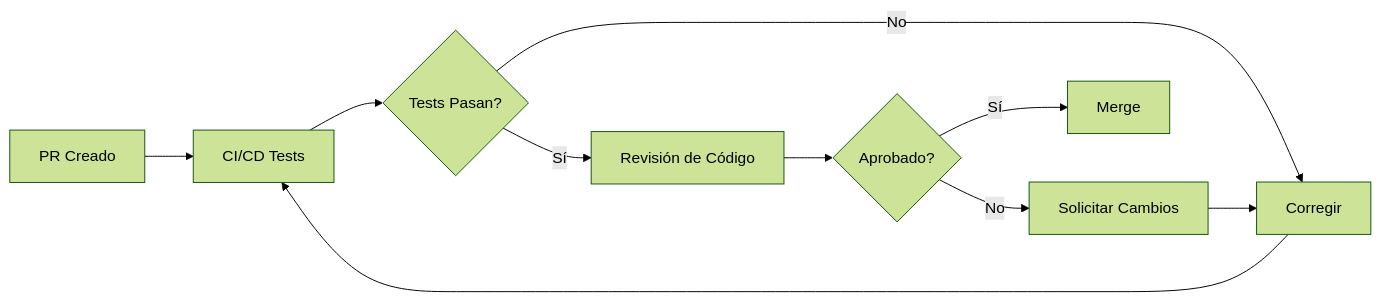
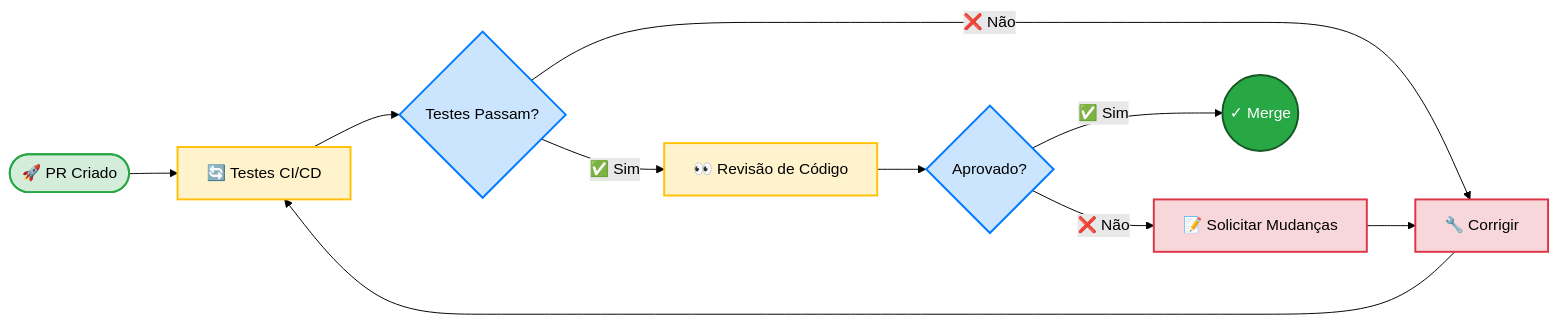
One commit to medicalopenworld/IncuNest-Docs changed the diagram in docs/i18n/pt/docusaurus-plugin-content-docs/version-14.12/contributing.md. Above: the diagram before and after it, drawn with Mermaid (forest theme). The commit also changed 5 other files, not shown here.

Commit message:
Update French, Portuguese, and versioned docs with beautiful mermaid diagrams

````diff
--- a/docs/i18n/pt/docusaurus-plugin-content-docs/version-14.12/contributing.md
+++ b/docs/i18n/pt/docusaurus-plugin-content-docs/version-14.12/contributing.md
@@ -154,12 +154,24 @@
 ```mermaid
-flowchart LR
-    A[PR Creado] --> B[CI/CD Tests]
-    B --> C{Tests Pasan?}
-    C -->|No| D[Corregir]
+graph LR
+    A([🚀 PR Criado]) --> B[🔄 Testes CI/CD]
+    B --> C{Testes Passam?}
+    C -->|❌ Não| D[🔧 Corrigir]
     D --> B
-    C -->|Sí| E[Revisión de Código]
-    E --> F{Aprobado?}
-    F -->|No| G[Solicitar Cambios]
+    C -->|✅ Sim| E[👀 Revisão de Código]
+    E --> F{Aprovado?}
+    F -->|❌ Não| G[📝 Solicitar Mudanças]
     G --> D
-    F -->|Sí| H[Merge]
+    F -->|✅ Sim| H((✓ Merge))
+    
+    classDef start fill:#d4edda,stroke:#28a745,stroke-width:2px
+    classDef process fill:#fff3cd,stroke:#ffc107,stroke-width:2px
+    classDef decision fill:#cce5ff,stroke:#007bff,stroke-width:2px
+    classDef action fill:#f8d7da,stroke:#dc3545,stroke-width:2px
+    classDef success fill:#28a745,stroke:#155724,stroke-width:2px,color:#fff
+    
+    class A start
+    class B,E process
+    class C,F decision
+    class D,G action
+    class H success
 ```
````
